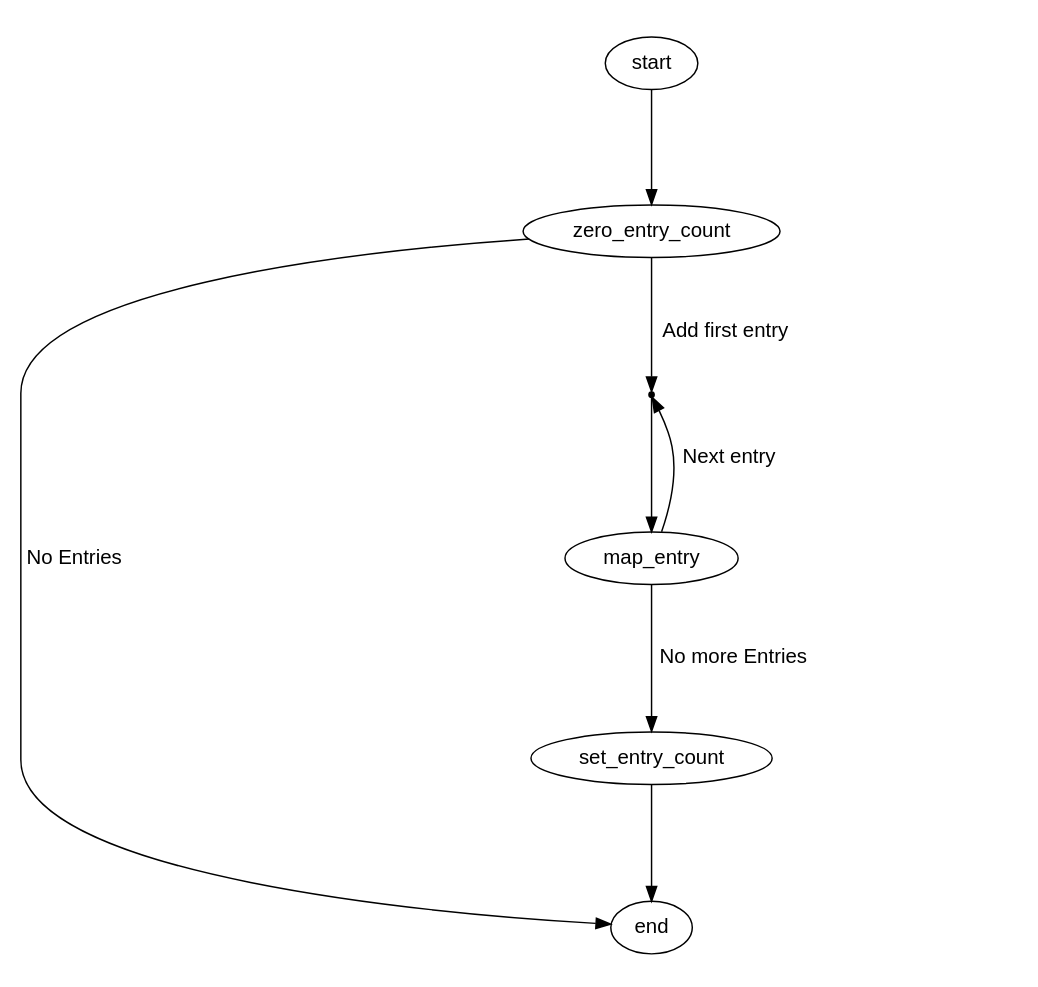
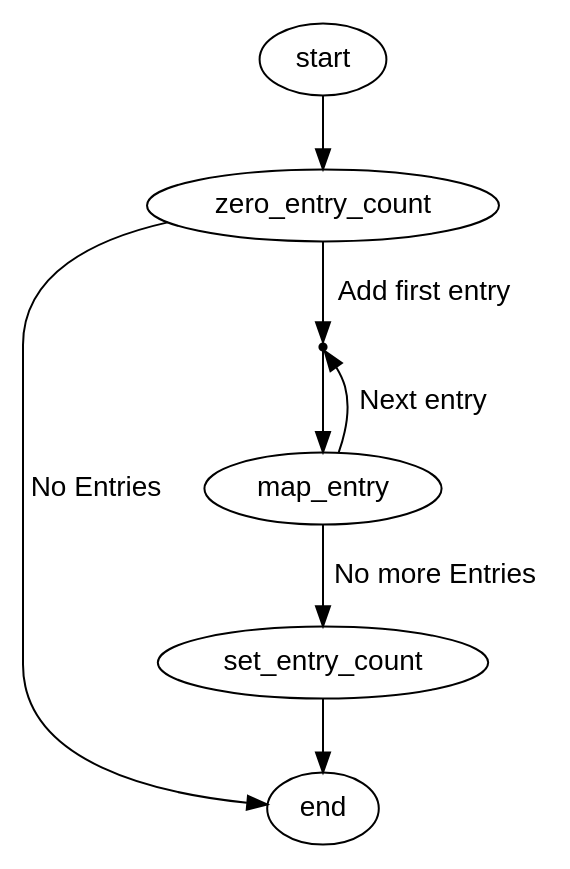
One commit to ribalda/ethercat changed the diagram in documentation/graphs/fsm_pdo_entry_conf.dot. Above: the diagram before and after it, drawn with Graphviz. The commit also changed 10 other files, not shown here.

```diff
--- a/documentation/graphs/fsm_pdo_entry_conf.dot
+++ b/documentation/graphs/fsm_pdo_entry_conf.dot
@@ -1,28 +1,25 @@
 
 /* $Id$ */
 
 digraph pdo_entry_conf {
-    size="7,9"
-    center=1
-	ratio=fill
 
 	start [fontname="Helvetica"]
     start -> zero_entry_count [weight=10]
 
 	zero_entry_count [fontname="Helvetica"]
     zero_entry_count -> end [fontname="Helvetica",label="No Entries"]
     zero_entry_count -> action_map [fontname="Helvetica",label="Add first entry", weight=10]
 
     action_map [shape=point,label=""]
 	action_map -> map_entry [weight=10]
 
 	map_entry [fontname="Helvetica"]
     map_entry -> action_map [fontname="Helvetica",label="Next entry"]
     map_entry -> set_entry_count [fontname="Helvetica",label="No more Entries", weight=10]
 
 	set_entry_count [fontname="Helvetica"]
     set_entry_count -> end [weight=10]
 
 	end [fontname="Helvetica"]
 	end
 }
```
